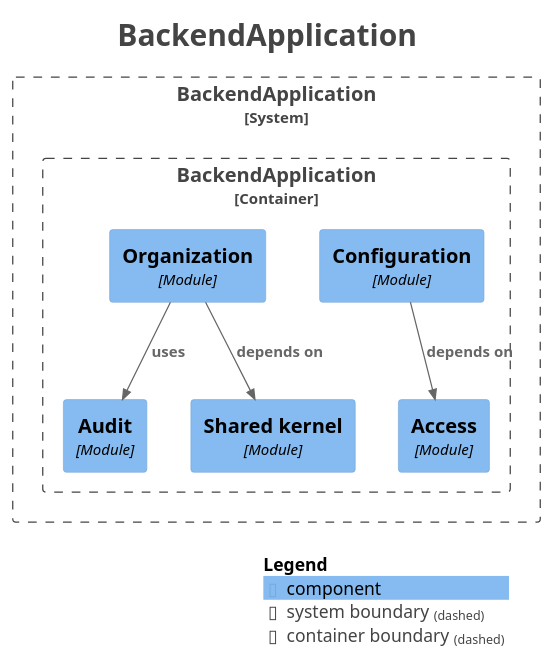
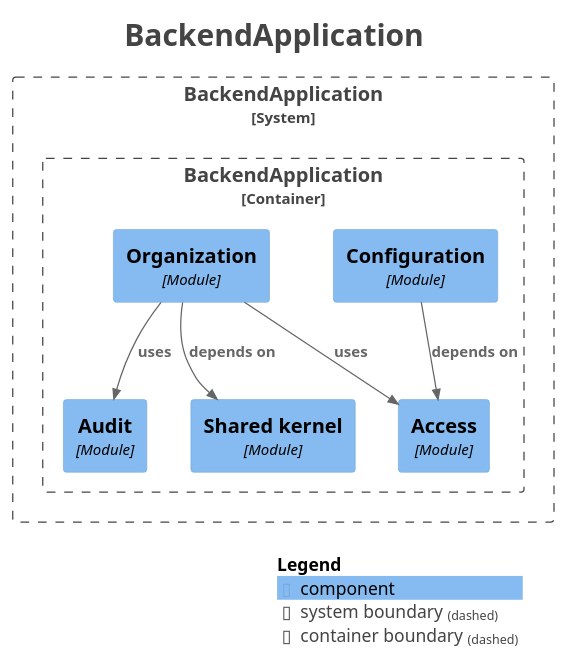
The diagram in docs/architecture/modules/components.puml (fxavier/restaurantePRO), drawn with PlantUML before and after one commit. The commit also changed 14 other files, not shown here.

```diff
--- a/docs/architecture/modules/components.puml
+++ b/docs/architecture/modules/components.puml
@@ -1,35 +1,36 @@
 @startuml
 title <size:24>BackendApplication</size>
 
 set separator none
 top to bottom direction
 
 <style>
   root {
     BackgroundColor: #ffffff
     FontColor: #444444
   }
 </style>
 
 !include <C4/C4>
 !include <C4/C4_Context>
 !include <C4/C4_Component>
 
 System_Boundary("BackendApplication_boundary", "BackendApplication", $tags="") {
   Container_Boundary("BackendApplication.BackendApplication_boundary", "BackendApplication", $tags="") {
     Component(BackendApplication.BackendApplication.Access, "Access", $techn="Module", $descr="", $tags="", $link="")
     Component(BackendApplication.BackendApplication.Audit, "Audit", $techn="Module", $descr="", $tags="", $link="")
     Component(BackendApplication.BackendApplication.Sharedkernel, "Shared kernel", $techn="Module", $descr="", $tags="", $link="")
     Component(BackendApplication.BackendApplication.Configuration, "Configuration", $techn="Module", $descr="", $tags="", $link="")
     Component(BackendApplication.BackendApplication.Organization, "Organization", $techn="Module", $descr="", $tags="", $link="")
   }
 
 }
 
 Rel(BackendApplication.BackendApplication.Organization, BackendApplication.BackendApplication.Audit, "uses", $techn="", $tags="", $link="")
+Rel(BackendApplication.BackendApplication.Organization, BackendApplication.BackendApplication.Access, "uses", $techn="", $tags="", $link="")
 Rel(BackendApplication.BackendApplication.Configuration, BackendApplication.BackendApplication.Access, "depends on", $techn="", $tags="", $link="")
 Rel(BackendApplication.BackendApplication.Organization, BackendApplication.BackendApplication.Sharedkernel, "depends on", $techn="", $tags="", $link="")
 
 SHOW_LEGEND(true)
 hide stereotypes
 @enduml
```
